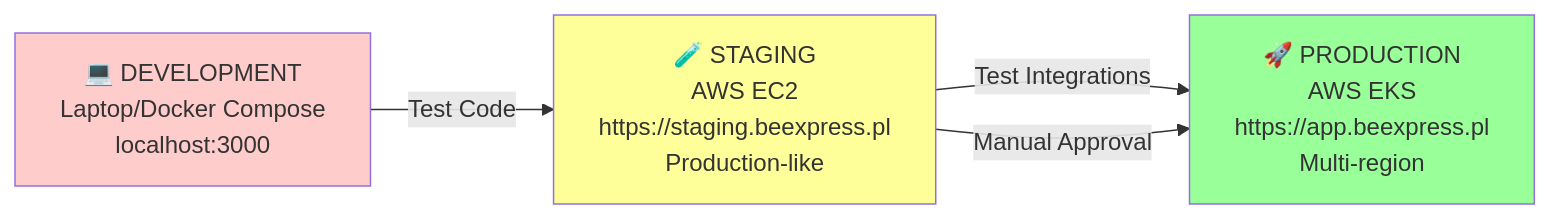
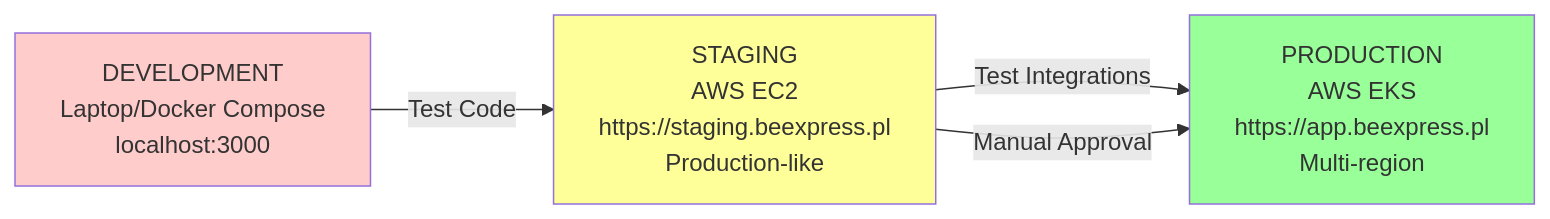
The tenth of 10 diagrams in projekt-magazyn/diagramy_mermaid.md (Jolanta27/Jolanta27), drawn with Mermaid before and after one commit. The commit also changed other lines of this file, not shown here.

Commit message:
Remove all icons/emojis from Mermaid diagrams

````diff
--- a/projekt-magazyn/diagramy_mermaid.md
+++ b/projekt-magazyn/diagramy_mermaid.md
@@ -386,16 +386,16 @@
 ```mermaid
 graph LR
-    DEV["💻 DEVELOPMENT<br/>Laptop/Docker Compose<br/>localhost:3000"]
+    DEV["DEVELOPMENT<br/>Laptop/Docker Compose<br/>localhost:3000"]
     
-    STAGING["🧪 STAGING<br/>AWS EC2<br/>https://staging.beexpress.pl<br/>Production-like"]
+    STAGING["STAGING<br/>AWS EC2<br/>https://staging.beexpress.pl<br/>Production-like"]
     
-    PROD["🚀 PRODUCTION<br/>AWS EKS<br/>https://app.beexpress.pl<br/>Multi-region"]
+    PROD["PRODUCTION<br/>AWS EKS<br/>https://app.beexpress.pl<br/>Multi-region"]
     
     DEV -->|Test Code| STAGING
     STAGING -->|Test Integrations| PROD
     STAGING -->|Manual Approval| PROD
     
     style DEV fill:#ffcccc
     style STAGING fill:#ffff99
     style PROD fill:#99ff99
 ```
````
